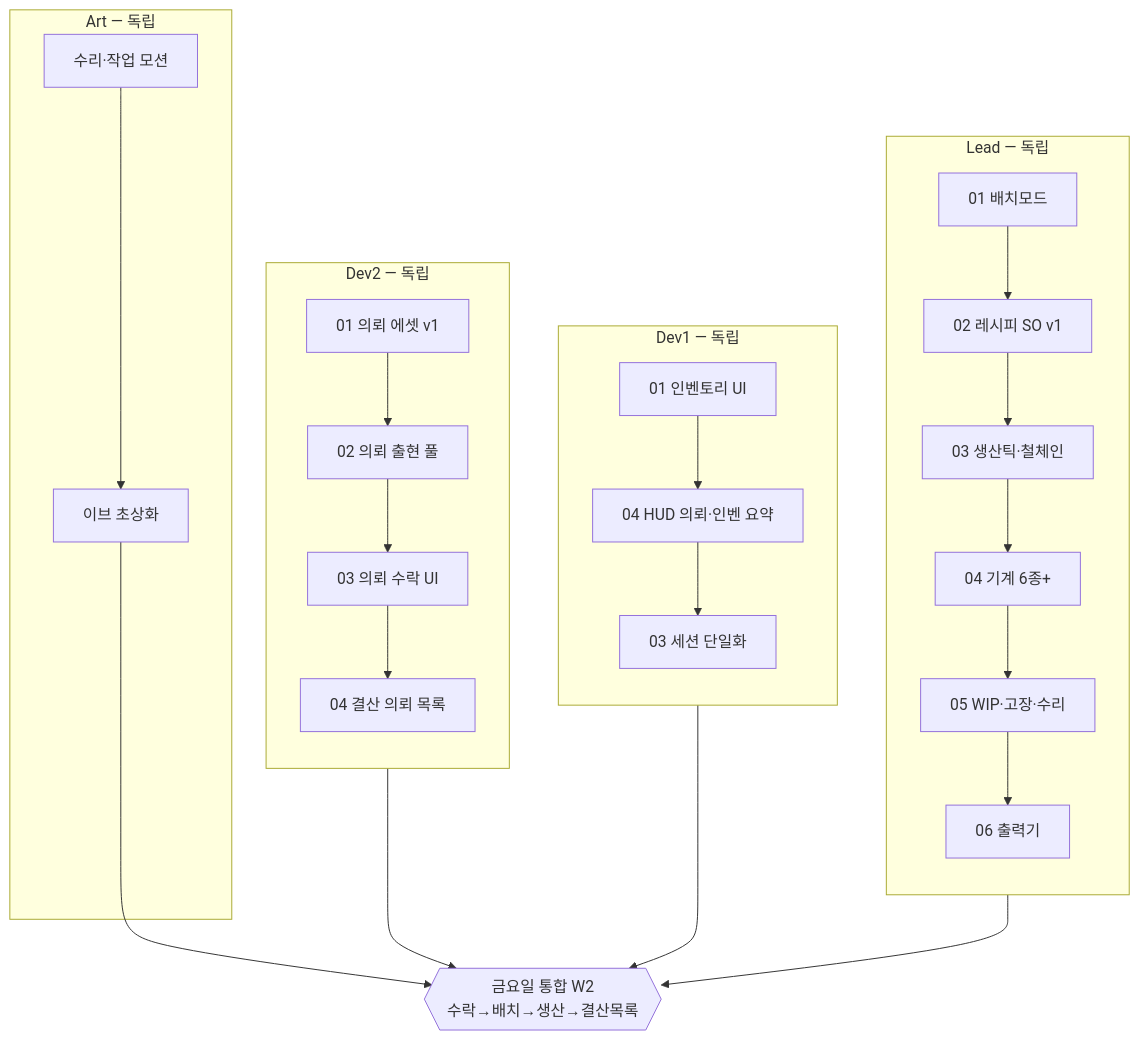
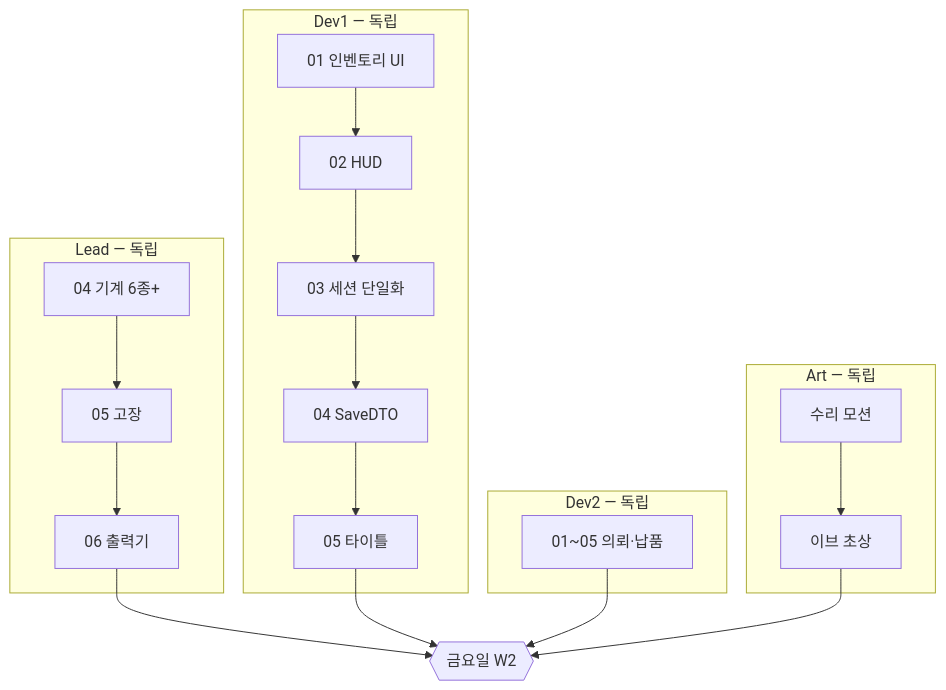
Before and after one commit to BARIbrother/DungeonFront: the third of 5 diagrams in Docs/dev-plan/parallel-roadmap.md, drawn with Mermaid. The commit also changed other lines of this file and 82 other files, not shown here.

````diff
--- a/Docs/dev-plan/parallel-roadmap.md
+++ b/Docs/dev-plan/parallel-roadmap.md
@@ -153,43 +104,31 @@
 ```mermaid
 flowchart TB
     subgraph Lead_W2["Lead — 독립"]
-        direction TB
-        LW1[01 배치모드]
-        LW2[02 레시피 SO v1]
-        LW3[03 생산틱·철체인]
         LW4[04 기계 6종+]
-        LW5[05 WIP·고장·수리]
+        LW5[05 고장]
         LW6[06 출력기]
-        LW1 --> LW2 --> LW3
-        LW3 --> LW4 --> LW5 --> LW6
+        LW4 --> LW5 --> LW6
     end
 
     subgraph Dev1_W2["Dev1 — 독립"]
-        direction TB
         D1W1[01 인벤토리 UI]
-        D1W2[04 HUD 의뢰·인벤 요약]
+        D1W2[02 HUD]
         D1W3[03 세션 단일화]
-        D1W1 --> D1W2 --> D1W3
+        D1W4[04 SaveDTO]
+        D1W5[05 타이틀]
+        D1W1 --> D1W2 --> D1W3 --> D1W4 --> D1W5
     end
 
     subgraph Dev2_W2["Dev2 — 독립"]
-        direction TB
-        D2W1[01 의뢰 에셋 v1]
-        D2W2[02 의뢰 출현 풀]
-        D2W3[03 의뢰 수락 UI]
-        D2W4[04 결산 의뢰 목록]
-        D2W1 --> D2W2 --> D2W3 --> D2W4
+        D2W1[01~05 의뢰·납품]
     end
 
     subgraph Art_W2["Art — 독립"]
-        AW1[수리·작업 모션]
-        AW2[이브 초상화]
+        AW1[수리 모션]
+        AW2[이브 초상]
         AW1 --> AW2
     end
 
-    INT_W2{{"금요일 통합 W2<br/>수락→배치→생산→결산목록"}}
-    LW6 --> INT_W2
-    D1W3 --> INT_W2
-    D2W4 --> INT_W2
-    AW2 --> INT_W2
+    INT_W2{{"금요일 W2"}}
+    LW6 & D1W5 & D2W1 & AW2 --> INT_W2
 ```
````
